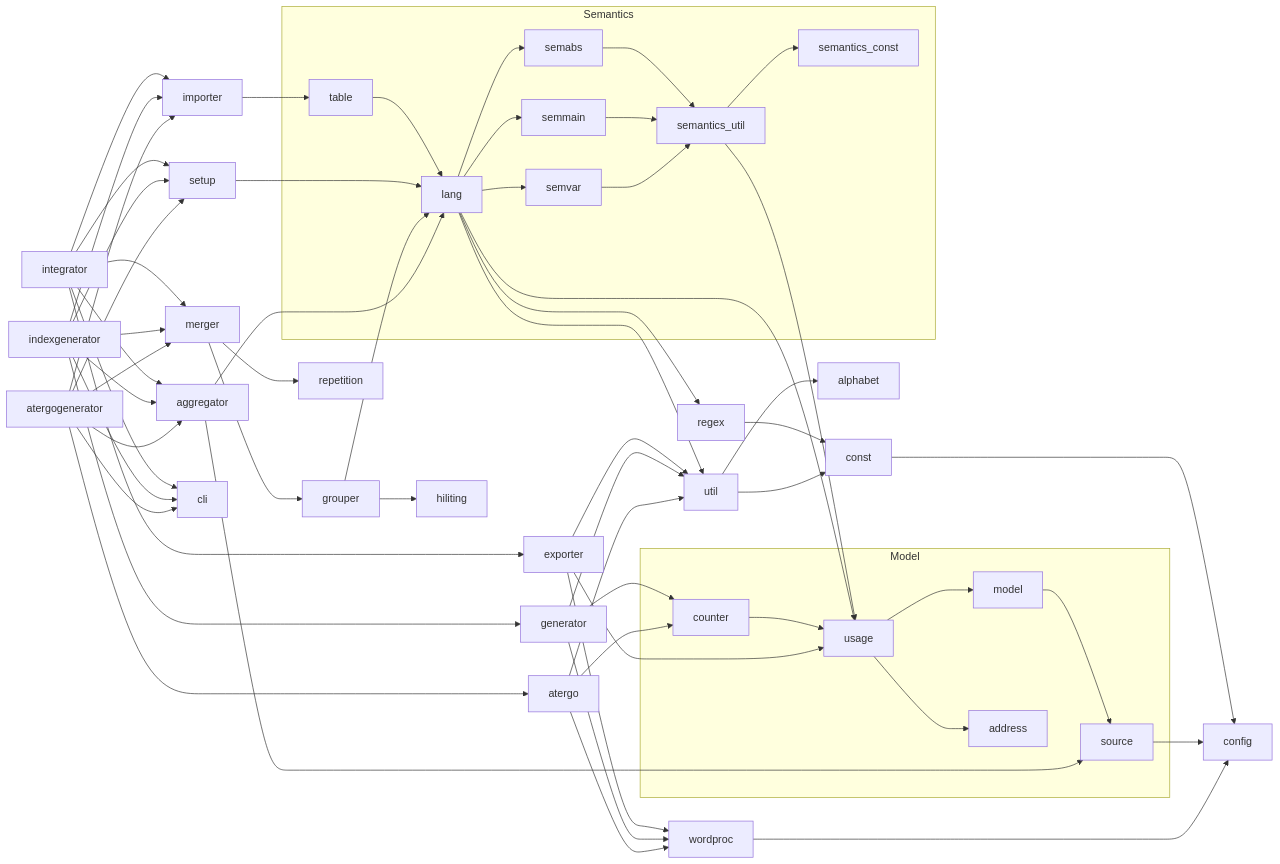
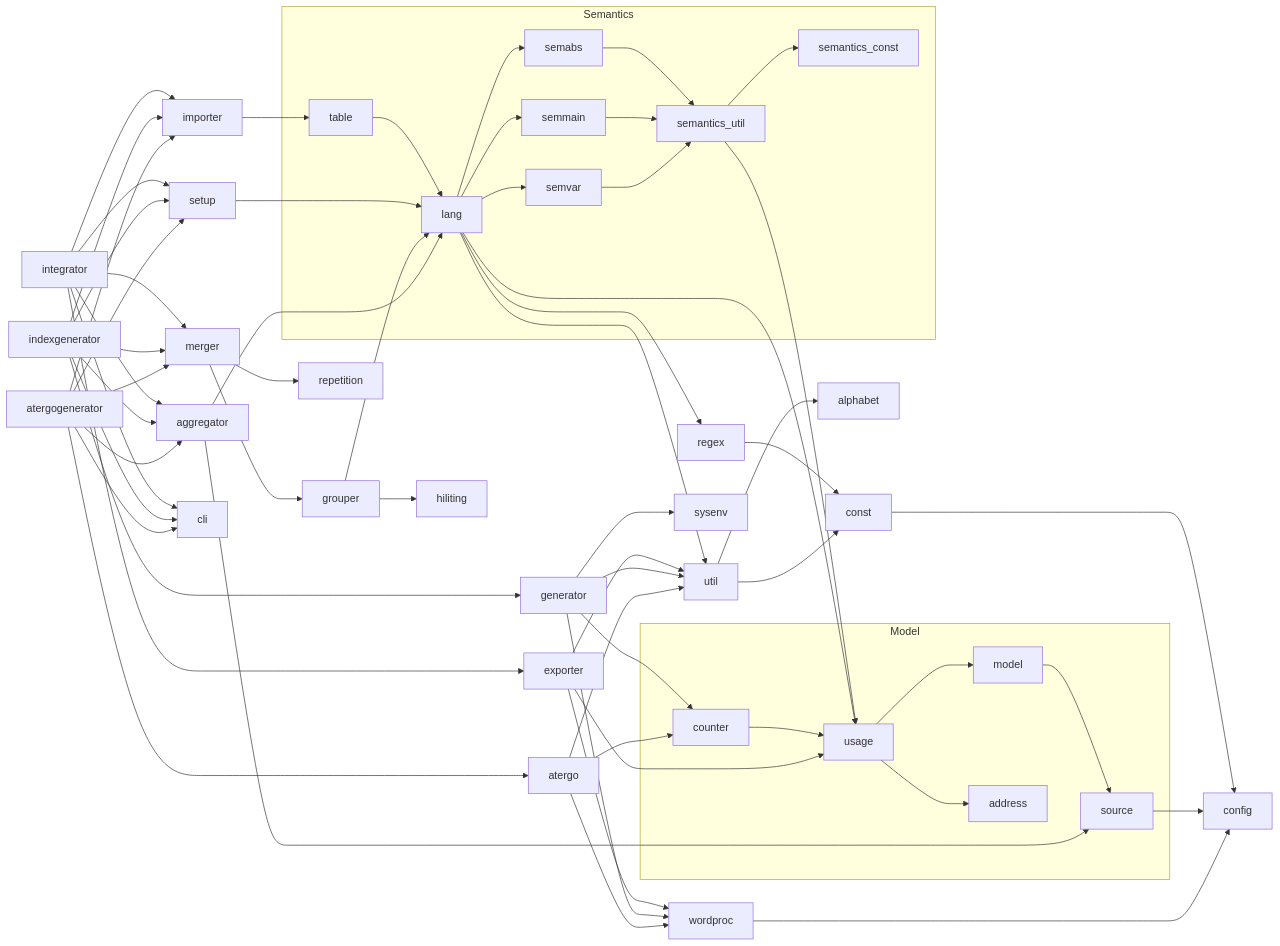
The third of 3 diagrams in integrator/README.md (mapto/UchitelnoEvangelie), drawn with Mermaid before and after one commit. The commit also changed 7 other files, not shown here.

````diff
--- a/integrator/README.md
+++ b/integrator/README.md
@@ -135,45 +135,46 @@
 ```mermaid
 graph LR
   const --> config
   regex --> const
   util --> const
   util --> alphabet 
   source --> config
 
   subgraph Model
     model --> source
     usage --> address
     usage --> model
     counter --> usage
   end
   semantics_util --> usage
   lang --> regex & util & usage
   
   subgraph Semantics
     semantics_util --> semantics_const
     semabs & semmain & semvar --> semantics_util
     lang --> semabs & semmain & semvar
     table --> lang 
   end
   setup --> lang
 
   grouper --> lang
   grouper --> hiliting
   merger --> grouper 
   merger --> repetition
 
   aggregator --> source
   aggregator --> lang
 
   importer --> table
 
   wordproc --> config
   exporter --> usage
 
+  generator --> sysenv
   exporter & generator & atergo --> util & wordproc
   integrator --> exporter
   generator & atergo --> counter
   indexgenerator --> generator
   atergogenerator --> atergo
   integrator & indexgenerator & atergogenerator -->  setup & importer & merger & aggregator & cli
 ```
````
